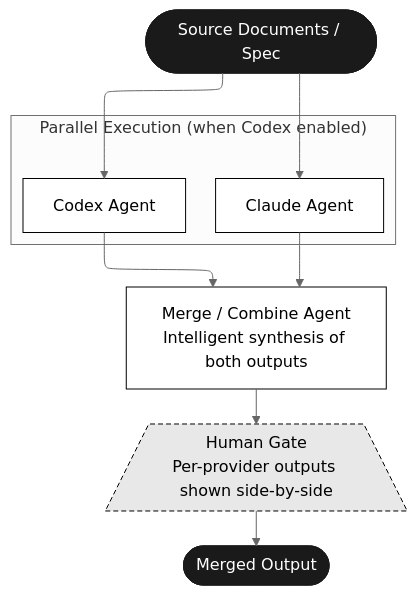
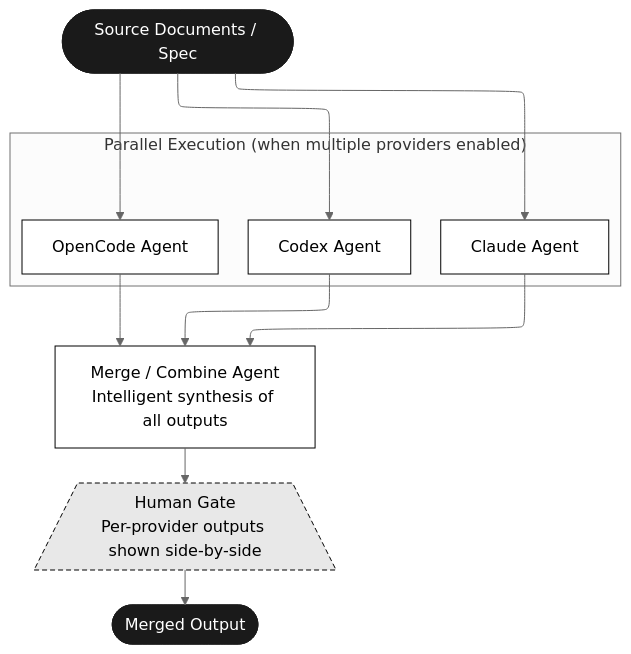
One commit to nixlim/spec_system changed the fourth of 5 diagrams in docs/operations-manual.md. Above: the diagram before and after it, drawn with Mermaid. The commit also changed other lines of this file and 1 other file, not shown here.

````diff
--- a/docs/operations-manual.md
+++ b/docs/operations-manual.md
@@ -390,25 +403,26 @@
 ```mermaid
 %%{init: {"theme": "neutral", "flowchart": {"defaultRenderer": "elk"}}}%%
 flowchart TD
     INPUT([Source Documents / Spec])
 
-    subgraph PARALLEL["Parallel Execution (when Codex enabled)"]
+    subgraph PARALLEL["Parallel Execution (when multiple providers enabled)"]
         direction LR
         CLAUDE[Claude Agent]
         CODEX[Codex Agent]
+        OPENCODE[OpenCode Agent]
     end
 
-    MERGE[Merge / Combine Agent<br/>Intelligent synthesis of both outputs]
+    MERGE[Merge / Combine Agent<br/>Intelligent synthesis of all outputs]
     GATE[/Human Gate<br/>Per-provider outputs shown side-by-side\]
     OUT([Merged Output])
 
-    INPUT --> CLAUDE & CODEX
-    CLAUDE & CODEX --> MERGE --> GATE --> OUT
+    INPUT --> CLAUDE & CODEX & OPENCODE
+    CLAUDE & CODEX & OPENCODE --> MERGE --> GATE --> OUT
 
     classDef agent fill:#ffffff,stroke:#000000,color:#000000
     classDef gate fill:#e8e8e8,stroke:#000000,color:#000000,stroke-dasharray:5 3
     classDef terminal fill:#1a1a1a,stroke:#1a1a1a,color:#ffffff
-    class CLAUDE,CODEX,MERGE agent
+    class CLAUDE,CODEX,OPENCODE,MERGE agent
     class GATE gate
     class INPUT,OUT terminal
 ```
````
